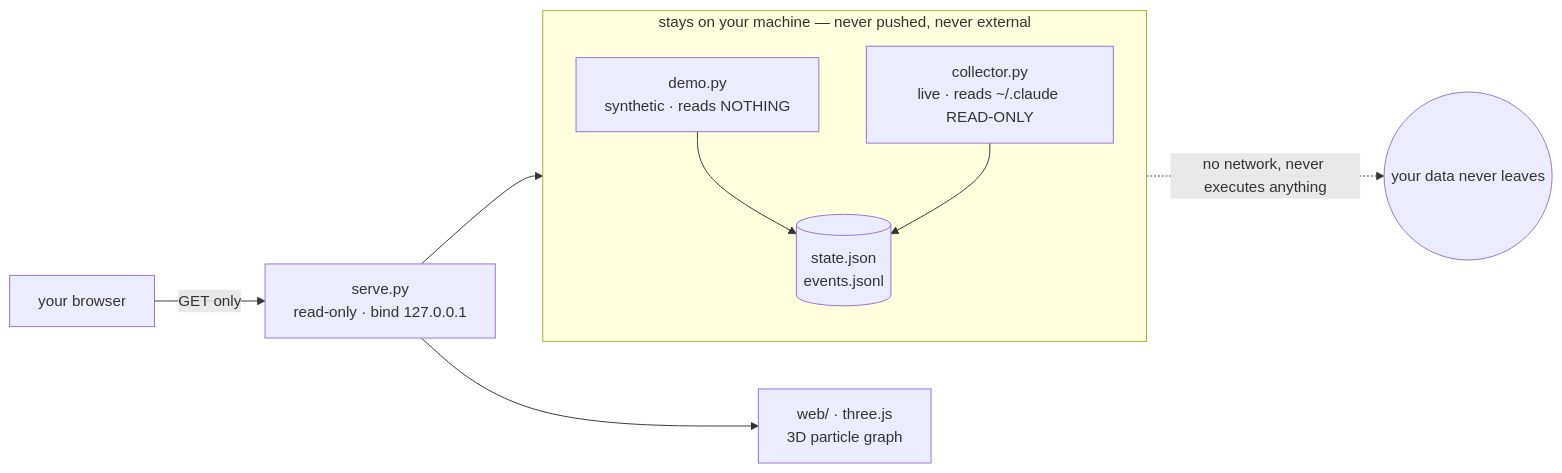
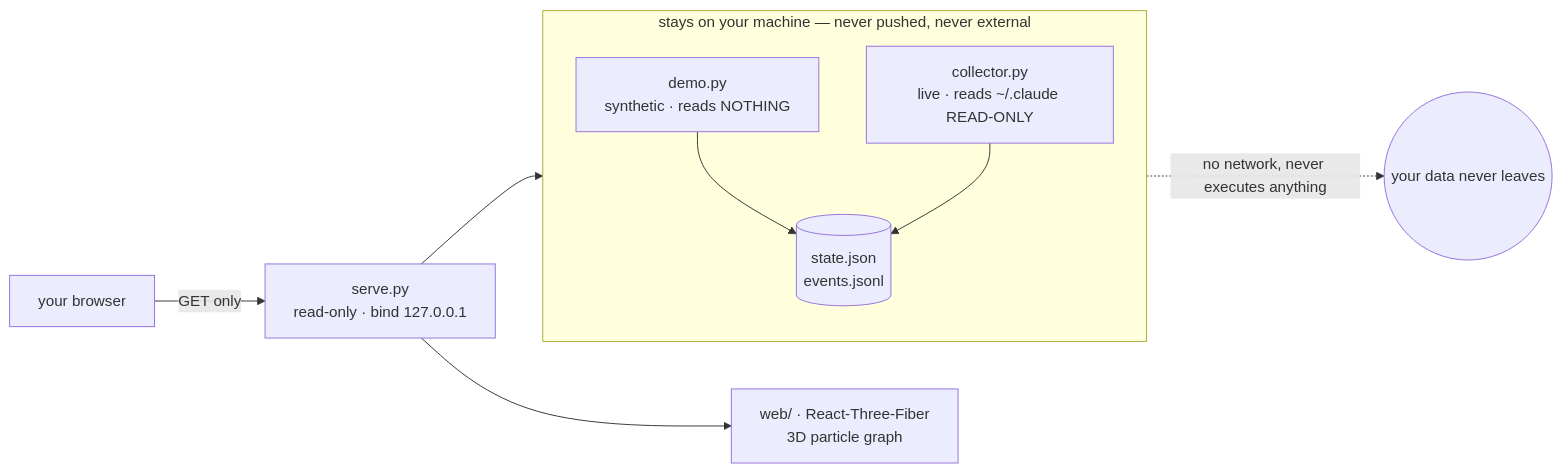
The diagram in README.md (NEO849/orbital), drawn with Mermaid before and after one commit. The commit also changed other lines of this file and 11 other files, not shown here.

````diff
--- a/README.md
+++ b/README.md
@@ -106,14 +108,14 @@
 ```mermaid
 flowchart LR
     B[your browser] -->|GET only| S[serve.py<br/>read-only · bind 127.0.0.1]
     S --> F[(state.json<br/>events.jsonl)]
 
     subgraph local[stays on your machine — never pushed, never external]
       direction TB
       D[demo.py<br/>synthetic · reads NOTHING] --> F
       C[collector.py<br/>live · reads ~/.claude READ-ONLY] --> F
     end
 
-    S --> W[web/ · three.js<br/>3D particle graph]
+    S --> W[web/ · React-Three-Fiber<br/>3D particle graph]
     local -. no network, never executes anything .-> X((your data never leaves))
 ```
````
